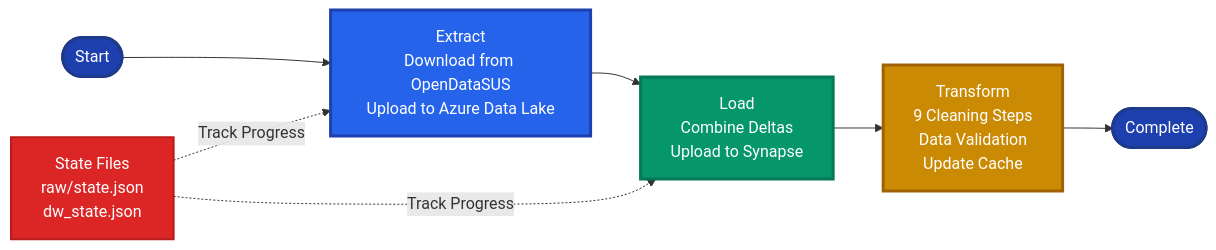
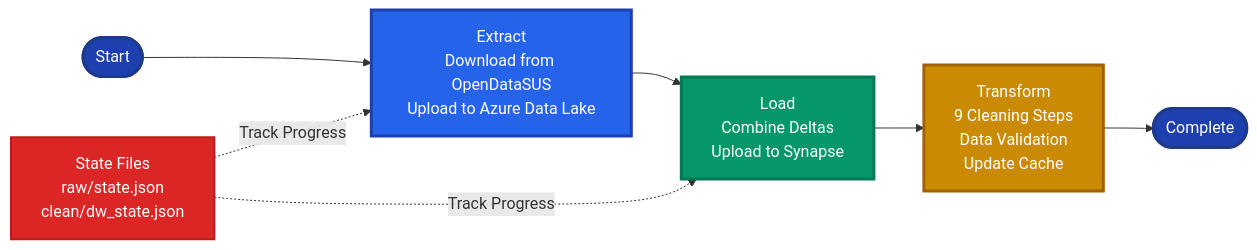
One commit to joaovargass/indicium-ai-engineering-certification changed the diagram in diagrams/elt-pipeline.mmd. Above: the diagram before and after it, drawn with Mermaid. The commit also changed 39 other files, not shown here.

```diff
--- a/diagrams/elt-pipeline.mmd
+++ b/diagrams/elt-pipeline.mmd
@@ -1,20 +1,20 @@
 flowchart LR
     Start([Start]) --> Extract[Extract<br/>Download from OpenDataSUS<br/>Upload to Azure Data Lake]
     Extract --> Load[Load<br/>Combine Deltas<br/>Upload to Synapse]
     Load --> Transform[Transform<br/>9 Cleaning Steps<br/>Data Validation<br/>Update Cache]
     Transform --> End([Complete])
     
-    State[State Files<br/>raw/state.json<br/>dw_state.json] -.->|Track Progress| Extract
+    State[State Files<br/>raw/state.json<br/>clean/dw_state.json] -.->|Track Progress| Extract
     State -.->|Track Progress| Load
     
     classDef extractStyle fill:#2563eb,stroke:#1e40af,stroke-width:3px,color:#fff
     classDef transformStyle fill:#ca8a04,stroke:#a16207,stroke-width:3px,color:#fff
     classDef loadStyle fill:#059669,stroke:#047857,stroke-width:3px,color:#fff
     classDef stateStyle fill:#dc2626,stroke:#b91c1c,stroke-width:2px,color:#fff
     classDef startEndStyle fill:#1e40af,stroke:#1e3a8a,stroke-width:3px,color:#fff
     
     class Extract extractStyle
     class Transform transformStyle
     class Load loadStyle
     class State stateStyle
     class Start,End startEndStyle
```
